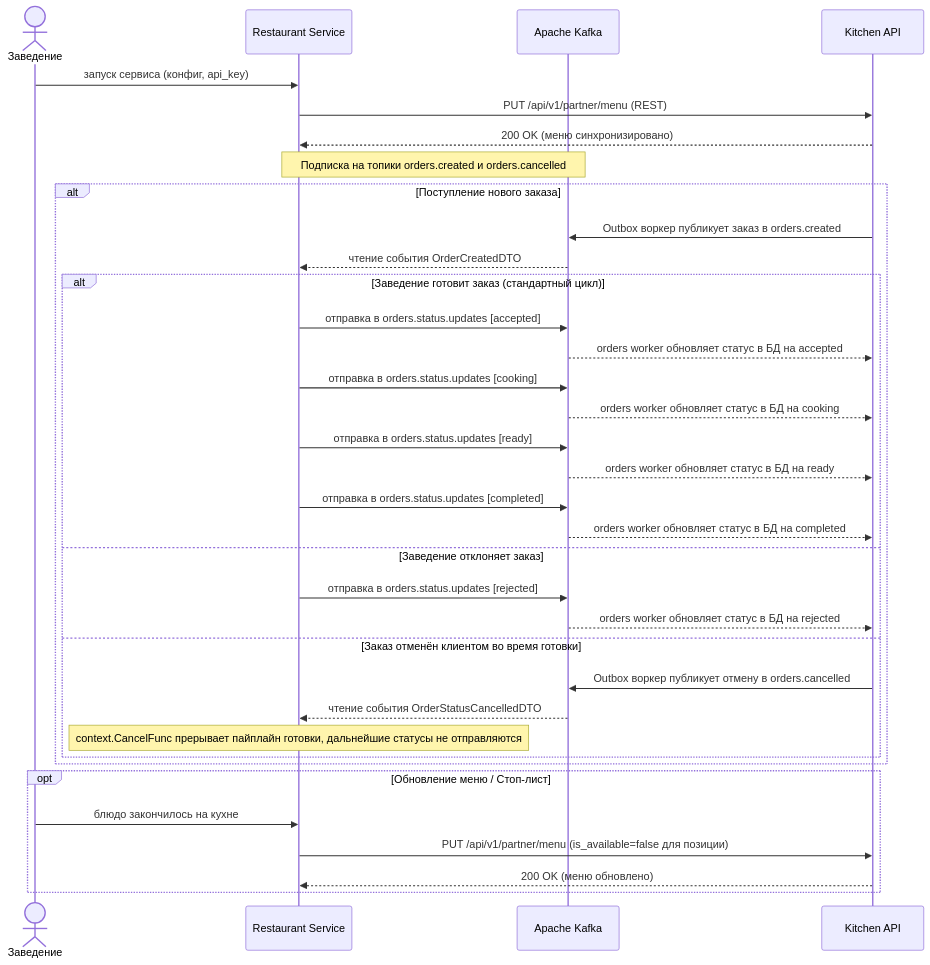
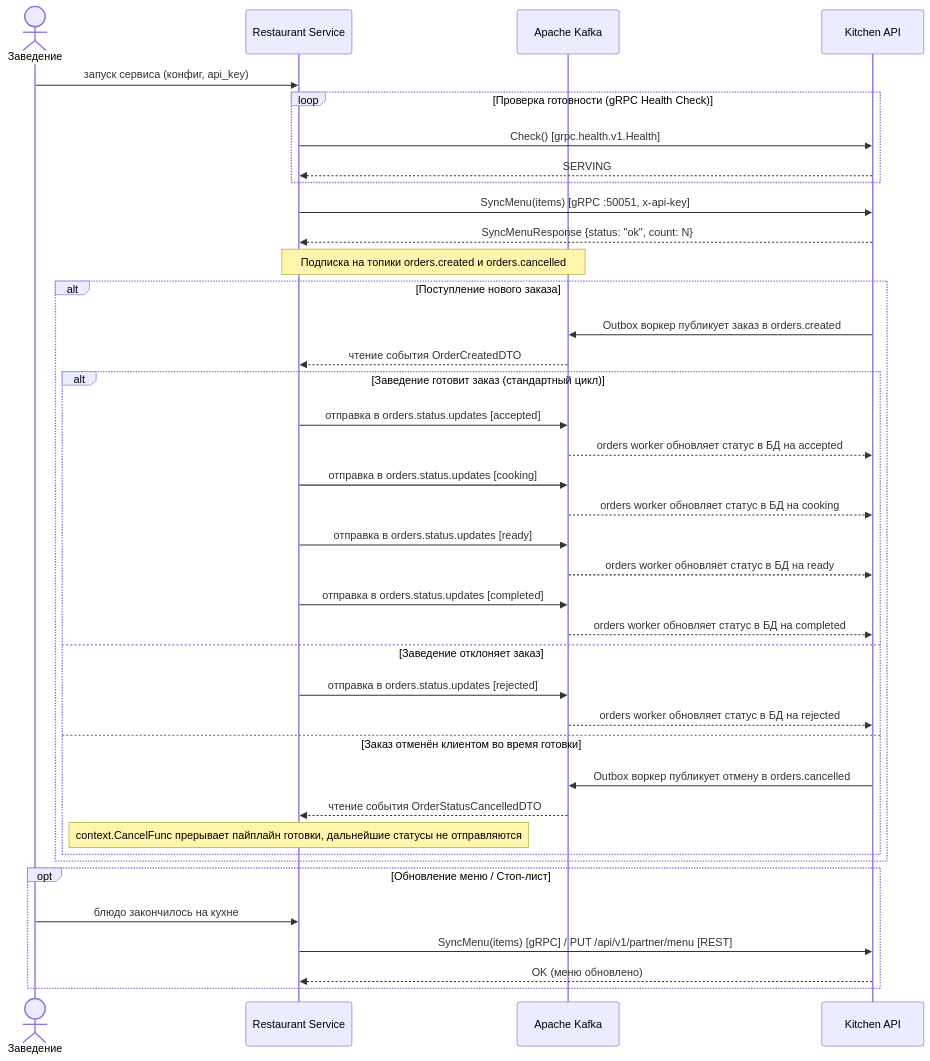
Before and after one commit to R0uT3r52/kitchen-api: the diagram in docs/cjm-restaurant.md, drawn with Mermaid. The commit also changed other lines of this file and 3 other files, not shown here.

````diff
--- a/docs/cjm-restaurant.md
+++ b/docs/cjm-restaurant.md
@@ -5,42 +5,46 @@
 ```mermaid
 sequenceDiagram
     actor R as Заведение
     participant RS as Restaurant Service
     participant K as Apache Kafka
     participant A as Kitchen API
 
     R->>RS: запуск сервиса (конфиг, api_key)
-    RS->>A: PUT /api/v1/partner/menu (REST)
-    A-->>RS: 200 OK (меню синхронизировано)
+    loop Проверка готовности (gRPC Health Check)
+        RS->>A: Check() [grpc.health.v1.Health]
+        A-->>RS: SERVING
+    end
+    RS->>A: SyncMenu(items) [gRPC :50051, x-api-key]
+    A-->>RS: SyncMenuResponse {status: "ok", count: N}
 
     Note over K,RS: Подписка на топики orders.created и orders.cancelled
 
     alt Поступление нового заказа
         A->>K: Outbox воркер публикует заказ в orders.created
         K-->>RS: чтение события OrderCreatedDTO
 
         alt Заведение готовит заказ (стандартный цикл)
             RS->>K: отправка в orders.status.updates [accepted]
             K-->>A: orders worker обновляет статус в БД на accepted
             RS->>K: отправка в orders.status.updates [cooking]
             K-->>A: orders worker обновляет статус в БД на cooking
             RS->>K: отправка в orders.status.updates [ready]
             K-->>A: orders worker обновляет статус в БД на ready
             RS->>K: отправка в orders.status.updates [completed]
             K-->>A: orders worker обновляет статус в БД на completed
         else Заведение отклоняет заказ
             RS->>K: отправка в orders.status.updates [rejected]
             K-->>A: orders worker обновляет статус в БД на rejected
         else Заказ отменён клиентом во время готовки
             A->>K: Outbox воркер публикует отмену в orders.cancelled
             K-->>RS: чтение события OrderStatusCancelledDTO
             Note over RS: context.CancelFunc прерывает пайплайн готовки, дальнейшие статусы не отправляются
         end
     end
 
     opt Обновление меню / Стоп-лист
         R->>RS: блюдо закончилось на кухне
-        RS->>A: PUT /api/v1/partner/menu (is_available=false для позиции)
-        A-->>RS: 200 OK (меню обновлено)
+        RS->>A: SyncMenu(items) [gRPC] / PUT /api/v1/partner/menu [REST]
+        A-->>RS: OK (меню обновлено)
     end
 ```
````
